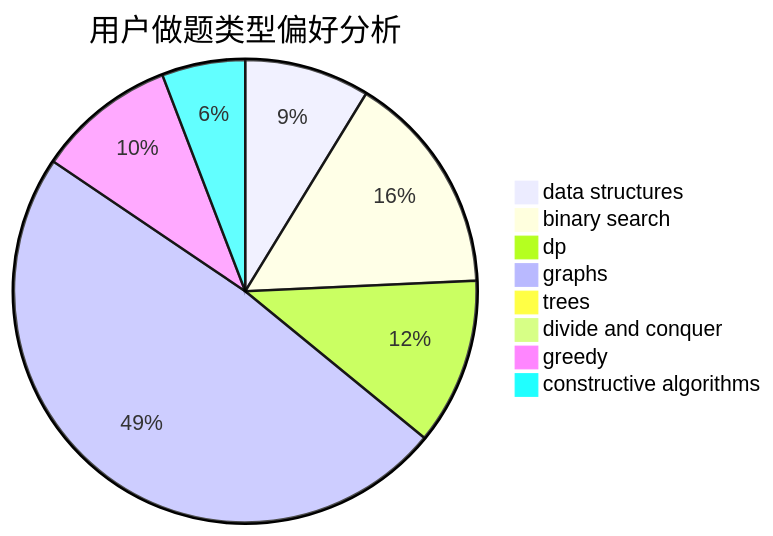
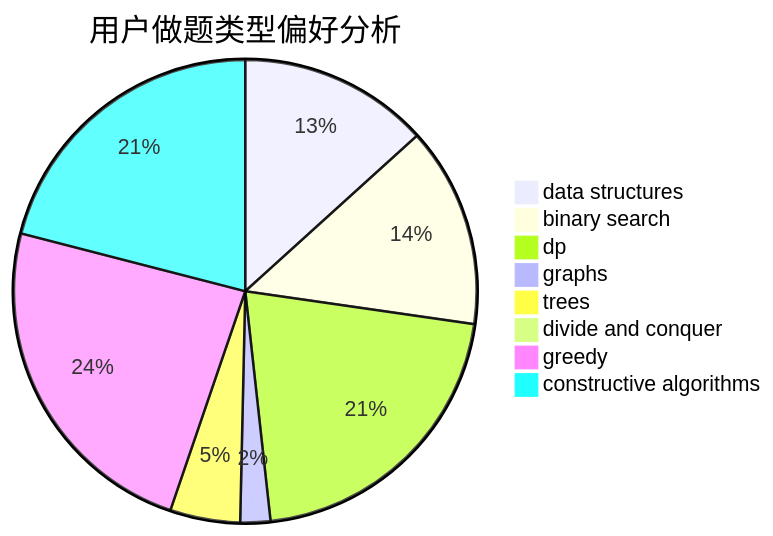
One commit to sherpahu/cfrs.github.io changed the second of 3 diagrams in docs/user/u723.md. Above: the diagram before and after it, drawn with Mermaid. The commit also changed other lines of this file and 2770 other files, not shown here.

````diff
--- a/docs/user/u723.md
+++ b/docs/user/u723.md
@@ -23,11 +23,11 @@
 ```mermaid
 pie title 用户做题类型偏好分析
-    "data structures" :  9
-    "binary search" :  16
-    "dp" :  12
-    "graphs" :  50
-    "trees" :  0
+    "data structures" :  19
+    "binary search" :  20
+    "dp" :  30
+    "graphs" :  3
+    "trees" :  7
     "divide and conquer" :  0
-    "greedy" :  10
-    "constructive algorithms" :  6
+    "greedy" :  34
+    "constructive algorithms" :  30
 ```
````
